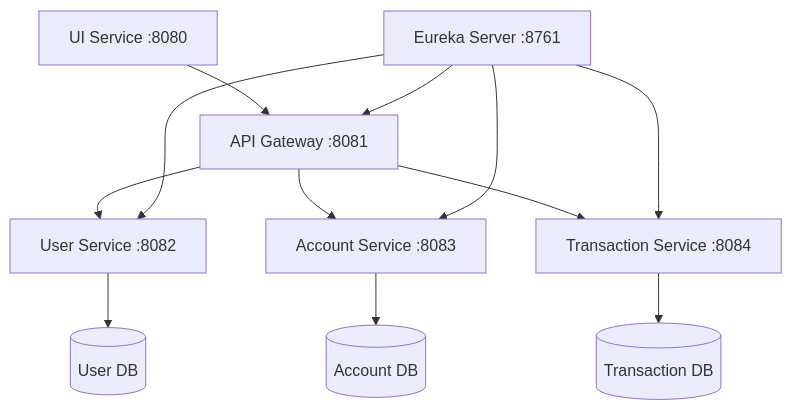
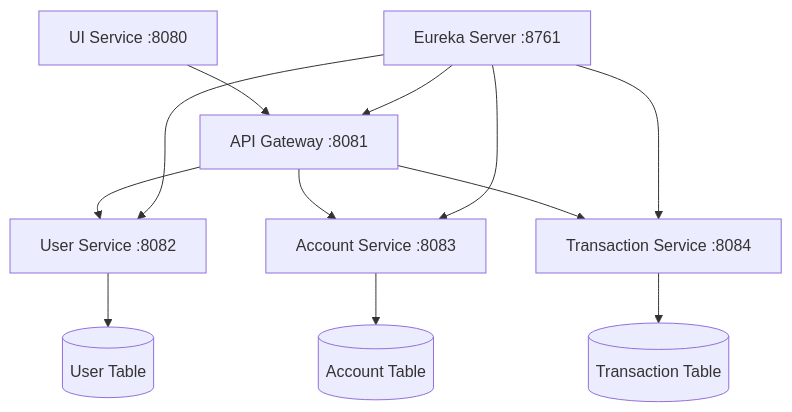
One commit to KrishnaSaxena108/Online-Banking-Portal changed the diagram in README.md. Above: the diagram before and after it, drawn with Mermaid.

Commit message:
Update database references in README

````diff
--- a/README.md
+++ b/README.md
@@ -49,16 +49,16 @@
 ```mermaid
 graph TB
     UI[UI Service :8080] --> GW[API Gateway :8081]
     GW --> US[User Service :8082]
     GW --> AS[Account Service :8083]
     GW --> TS[Transaction Service :8084]
     
-    US --> DB1[(User DB)]
-    AS --> DB2[(Account DB)]
-    TS --> DB3[(Transaction DB)]
+    US --> DB1[(User Table)]
+    AS --> DB2[(Account Table)]
+    TS --> DB3[(Transaction Table)]
     
     ES[Eureka Server :8761] --> US
     ES --> AS
     ES --> TS
     ES --> GW
 ```
````
